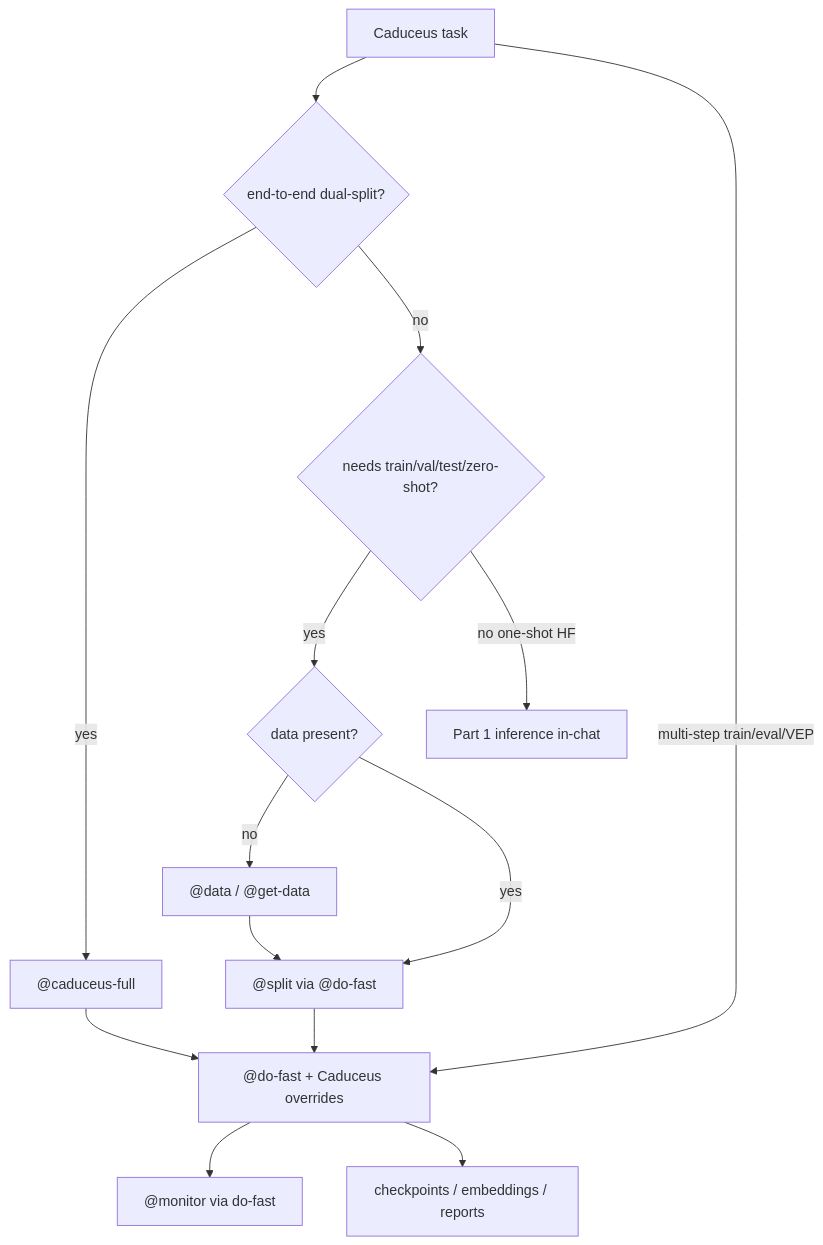
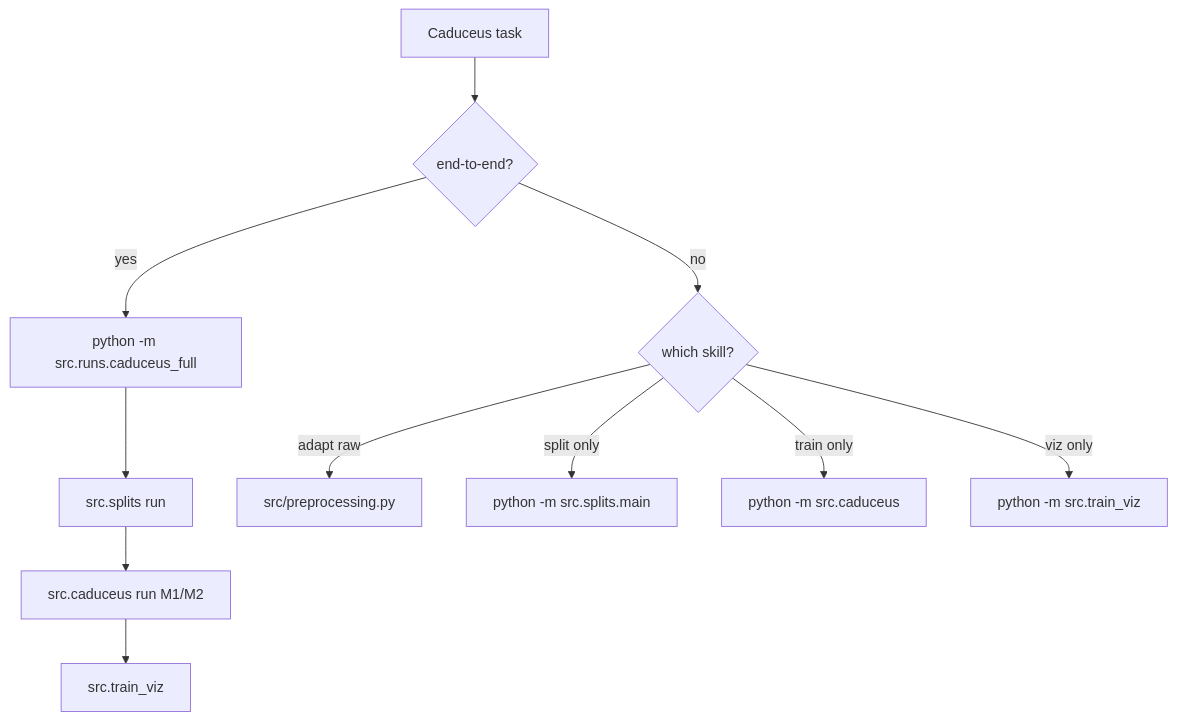
One commit to Sirius-Back/Giga_Mario changed the eighth of 8 diagrams in skills.md. Above: the diagram before and after it, drawn with Mermaid. The commit also changed other lines of this file and 38 other files, not shown here.

First line of the commit message:
Wire Caduceus skills to reusable src/ entry points.

````diff
--- a/skills.md
+++ b/skills.md
@@ -287,16 +286,13 @@
 ```mermaid
 flowchart TD
-  need[Caduceus task] --> full{end-to-end dual-split?}
-  full -->|yes| cfull["@caduceus-full"]
-  full -->|no| folds{needs train/val/test/zero-shot?}
-  folds -->|yes| dataok{data present?}
-  dataok -->|no| data["@data / @get-data"]
-  dataok -->|yes| split
-  data --> split["@split via @do-fast"]
-  folds -->|no one-shot HF| hf[Part 1 inference in-chat]
-  split --> dofast["@do-fast + Caduceus overrides"]
-  need -->|multi-step train/eval/VEP| dofast
-  cfull --> dofast
-  dofast --> mon["@monitor via do-fast"]
-  dofast --> out[checkpoints / embeddings / reports]
+  need[Caduceus task] --> full{end-to-end?}
+  full -->|yes| cfull["python -m src.runs.caduceus_full"]
+  cfull --> s["src.splits run"]
+  s --> t["src.caduceus run M1/M2"]
+  t --> v["src.train_viz"]
+  full -->|no| one{which skill?}
+  one -->|adapt raw| adapt["src/preprocessing.py"]
+  one -->|split only| split["python -m src.splits.main"]
+  one -->|train only| cad["python -m src.caduceus"]
+  one -->|viz only| tviz["python -m src.train_viz"]
 ```
````
